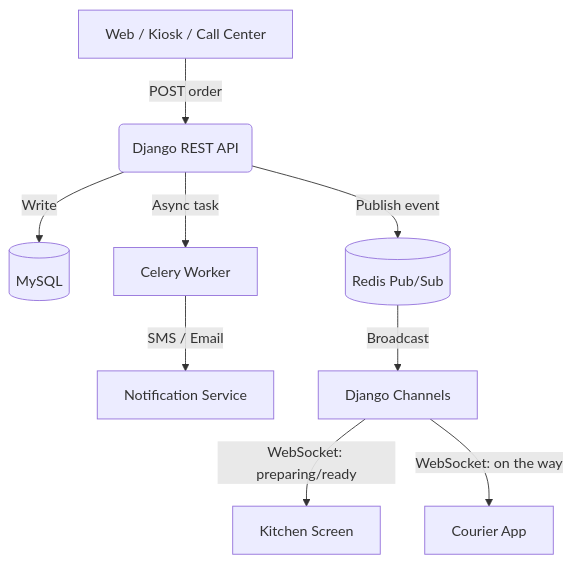
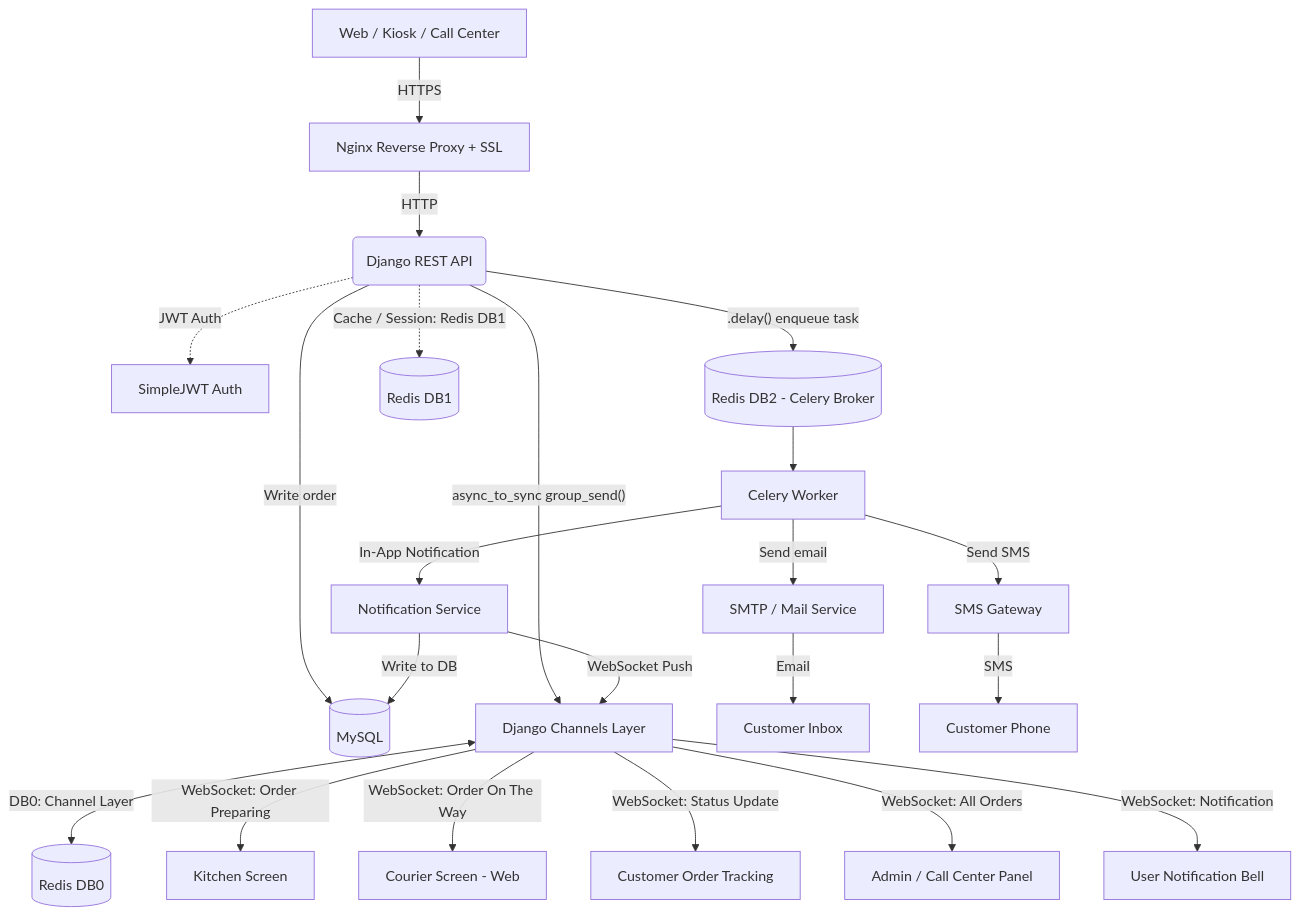
One commit to colonel51/colonel51 changed the first of 4 diagrams in README.md. Above: the diagram before and after it, drawn with Mermaid. The commit also changed other lines of this file, not shown here.

Commit message:
Replace flagship diagrams with more detailed architecture flows (auth, cache/session DBs, dual notification paths)

````diff
--- a/README.md
+++ b/README.md
@@ -61,11 +61,36 @@
 ```mermaid
 graph TD
-    Client[Web / Kiosk / Call Center] -->|POST order| API(Django REST API)
-    API -->|Write| DB[(MySQL)]
-    API -->|Async task| Celery[Celery Worker]
-    API -->|Publish event| Redis[(Redis Pub/Sub)]
-    Celery -->|SMS / Email| Notif[Notification Service]
-    Redis -->|Broadcast| Channels[Django Channels]
-    Channels -->|WebSocket: preparing/ready| Kitchen[Kitchen Screen]
-    Channels -->|WebSocket: on the way| Courier[Courier App]
+    %% Client interfaces
+    Client[Web / Kiosk / Call Center] -->|HTTPS| Nginx[Nginx Reverse Proxy + SSL]
+    Nginx -->|HTTP| API(Django REST API)
+
+    %% Authentication
+    API -.->|JWT Auth| Auth[SimpleJWT Auth]
+
+    %% Data layer
+    API -->|Write order| DB[(MySQL)]
+
+    %% 1) INSTANT BROADCAST - synchronous, independent of Celery
+    API -->|"async_to_sync group_send()"| ChannelLayer[Django Channels Layer]
+    ChannelLayer <-->|DB0: Channel Layer| Redis0[(Redis DB0)]
+    ChannelLayer -->|WebSocket: Order Preparing| Kitchen[Kitchen Screen]
+    ChannelLayer -->|WebSocket: Order On The Way| Courier[Courier Screen - Web]
+    ChannelLayer -->|WebSocket: Status Update| CustomerWS[Customer Order Tracking]
+    ChannelLayer -->|WebSocket: All Orders| AdminWS[Admin / Call Center Panel]
+
+    %% 2) ASYNC NOTIFICATION - via Celery
+    API -->|".delay() enqueue task"| Broker[(Redis DB2 - Celery Broker)]
+    Broker --> Celery[Celery Worker]
+    Celery -->|Send email| Mail[SMTP / Mail Service]
+    Celery -->|Send SMS| SMSGW[SMS Gateway]
+    Celery -->|In-App Notification| NotifSvc[Notification Service]
+    NotifSvc -->|Write to DB| DB
+    NotifSvc -->|WebSocket Push| ChannelLayer
+    ChannelLayer -->|WebSocket: Notification| UserBell[User Notification Bell]
+
+    Mail -->|Email| CustomerInbox[Customer Inbox]
+    SMSGW -->|SMS| CustomerPhone[Customer Phone]
+
+    %% Cache/Session
+    API -.->|Cache / Session: Redis DB1| Redis1[(Redis DB1)]
 ```
````
